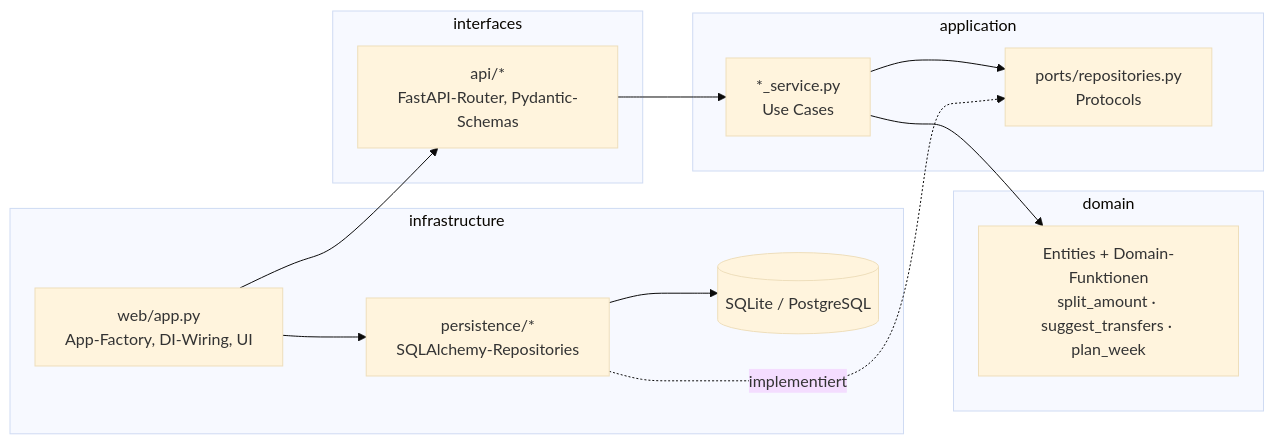
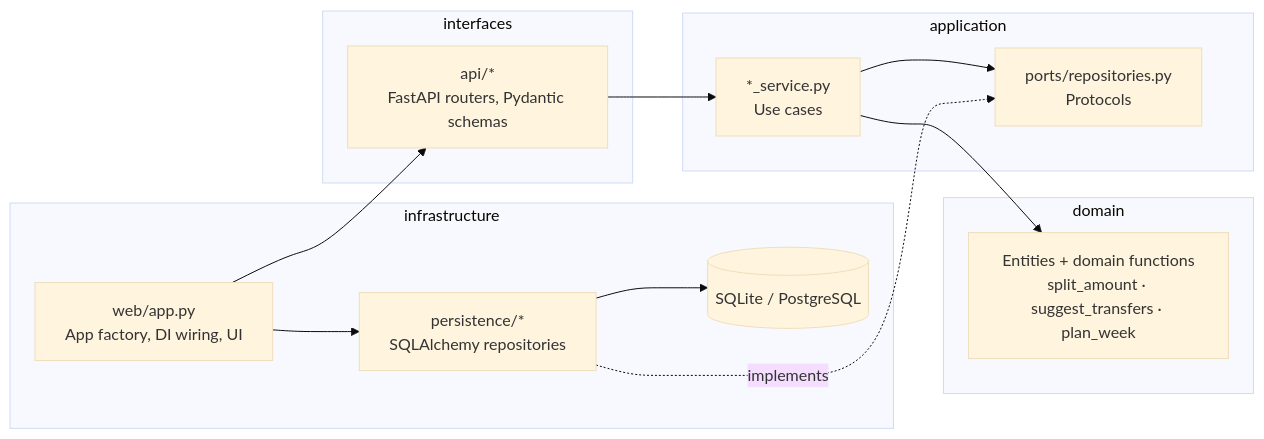
One commit to jasin-jusufi/fairshare changed the first of 5 diagrams in README.md. Above: the diagram before and after it, drawn with Mermaid (base theme). The commit also changed other lines of this file and 5 other files, not shown here.

````diff
--- a/README.md
+++ b/README.md
@@ -79,26 +78,26 @@
 ```mermaid
 flowchart LR
     subgraph infrastructure["infrastructure"]
-        web["web/app.py<br/>App-Factory, DI-Wiring, UI"]
-        repo["persistence/*<br/>SQLAlchemy-Repositories"]
+        web["web/app.py<br/>App factory, DI wiring, UI"]
+        repo["persistence/*<br/>SQLAlchemy repositories"]
         db[("SQLite / PostgreSQL")]
     end
     subgraph interfaces["interfaces"]
-        api["api/*<br/>FastAPI-Router, Pydantic-Schemas"]
+        api["api/*<br/>FastAPI routers, Pydantic schemas"]
     end
     subgraph application["application"]
-        svc["*_service.py<br/>Use Cases"]
+        svc["*_service.py<br/>Use cases"]
         ports["ports/repositories.py<br/>Protocols"]
     end
     subgraph domain["domain"]
-        ent["Entities + Domain-Funktionen<br/>split_amount · suggest_transfers · plan_week"]
+        ent["Entities + domain functions<br/>split_amount · suggest_transfers · plan_week"]
     end
 
     web --> api
     api --> svc
     svc --> ports
     svc --> ent
-    repo -. implementiert .-> ports
+    repo -. implements .-> ports
     repo --> db
     web --> repo
 ```
````
